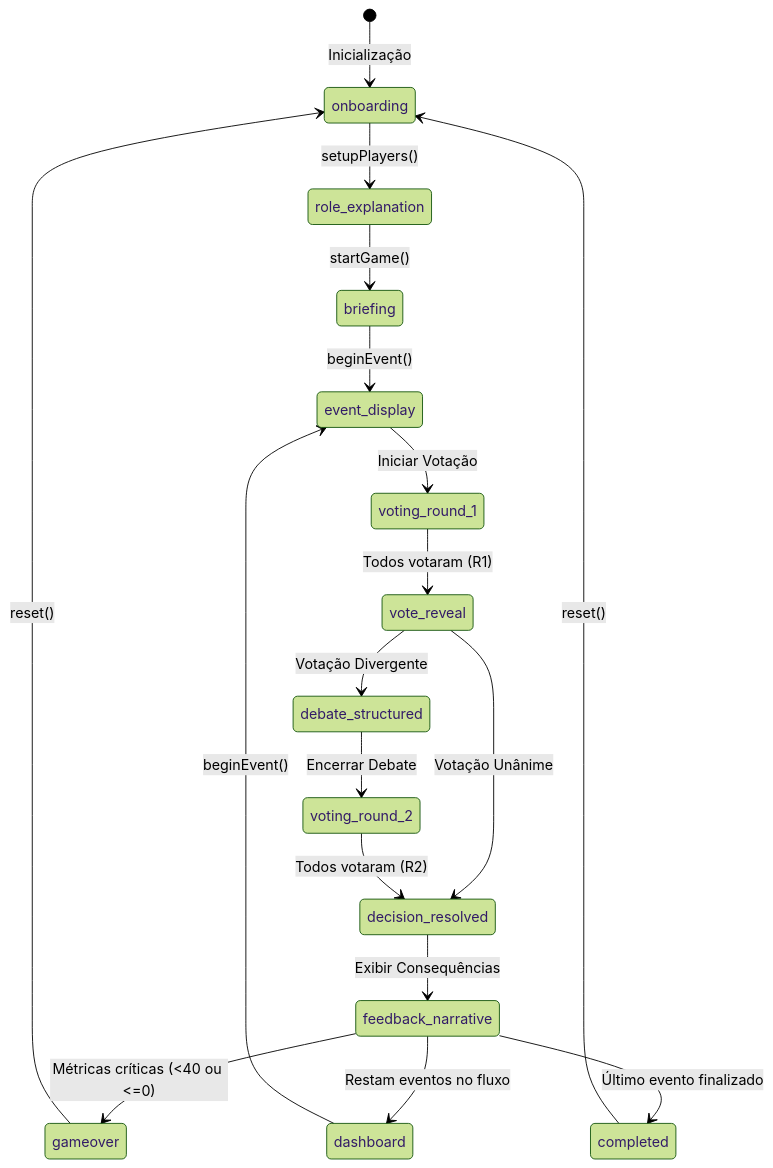
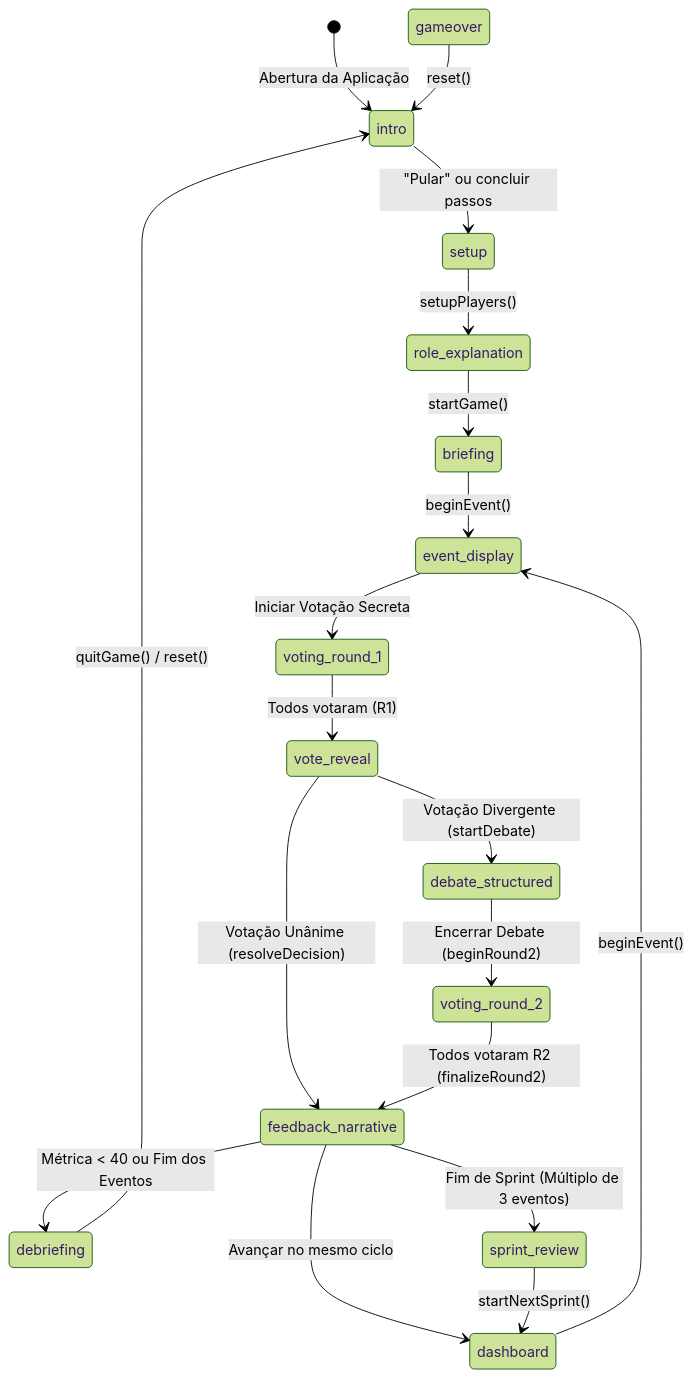
Before and after one commit to samuelcosta-pd/hardworkmanager: the fourth of 7 diagrams in documentacao_tecnica_tcc2.md, drawn with Mermaid (forest theme). The commit also changed other lines of this file and 19 other files, not shown here.

````diff
--- a/documentacao_tecnica_tcc2.md
+++ b/documentacao_tecnica_tcc2.md
@@ -453,27 +602,27 @@
 ```mermaid
 stateDiagram-v2
-    [*] --> onboarding : Inicialização
-    onboarding --> role_explanation : setupPlayers()
+    [*] --> intro : Abertura da Aplicação
+    intro --> setup : "Pular" ou concluir passos
+    setup --> role_explanation : setupPlayers()
     role_explanation --> briefing : startGame()
     briefing --> event_display : beginEvent()
     
-    event_display --> voting_round_1 : Iniciar Votação
+    event_display --> voting_round_1 : Iniciar Votação Secreta
     voting_round_1 --> vote_reveal : Todos votaram (R1)
     
-    vote_reveal --> decision_resolved : Votação Unânime
-    vote_reveal --> debate_structured : Votação Divergente
+    vote_reveal --> feedback_narrative : Votação Unânime (resolveDecision)
+    vote_reveal --> debate_structured : Votação Divergente (startDebate)
     
-    debate_structured --> voting_round_2 : Encerrar Debate
-    voting_round_2 --> decision_resolved : Todos votaram (R2)
+    debate_structured --> voting_round_2 : Encerrar Debate (beginRound2)
+    voting_round_2 --> feedback_narrative : Todos votaram R2 (finalizeRound2)
     
-    decision_resolved --> feedback_narrative : Exibir Consequências
+    feedback_narrative --> debriefing : Métrica < 40 ou Fim dos Eventos
+    feedback_narrative --> sprint_review : Fim de Sprint (Múltiplo de 3 eventos)
+    feedback_narrative --> dashboard : Avançar no mesmo ciclo
     
-    feedback_narrative --> gameover : Métricas críticas (<40 ou <=0)
-    feedback_narrative --> completed : Último evento finalizado
-    feedback_narrative --> dashboard : Restam eventos no fluxo
-    
+    sprint_review --> dashboard : startNextSprint()
     dashboard --> event_display : beginEvent()
     
-    gameover --> onboarding : reset()
-    completed --> onboarding : reset()
+    debriefing --> intro : quitGame() / reset()
+    gameover --> intro : reset()
 ```
````
